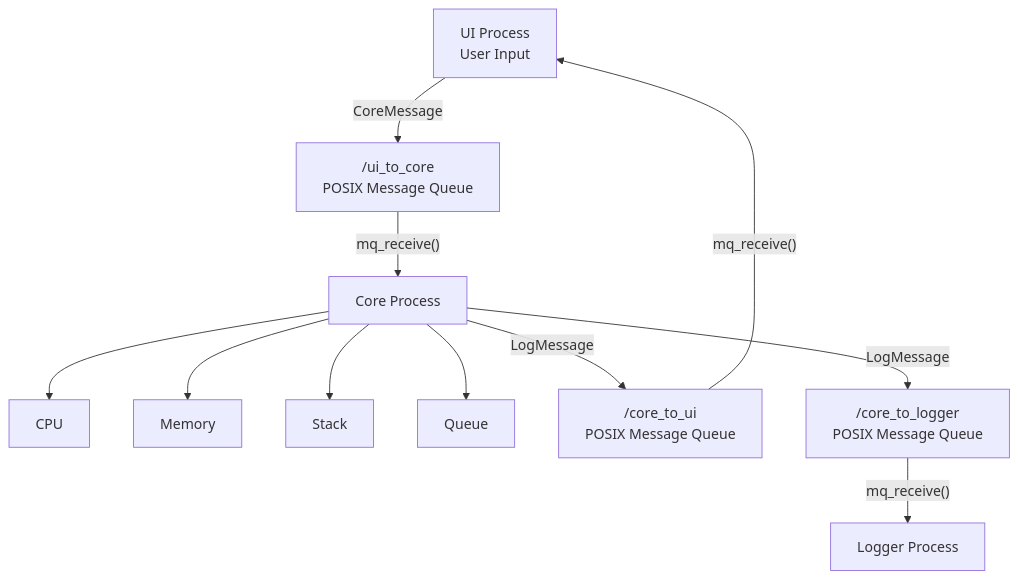
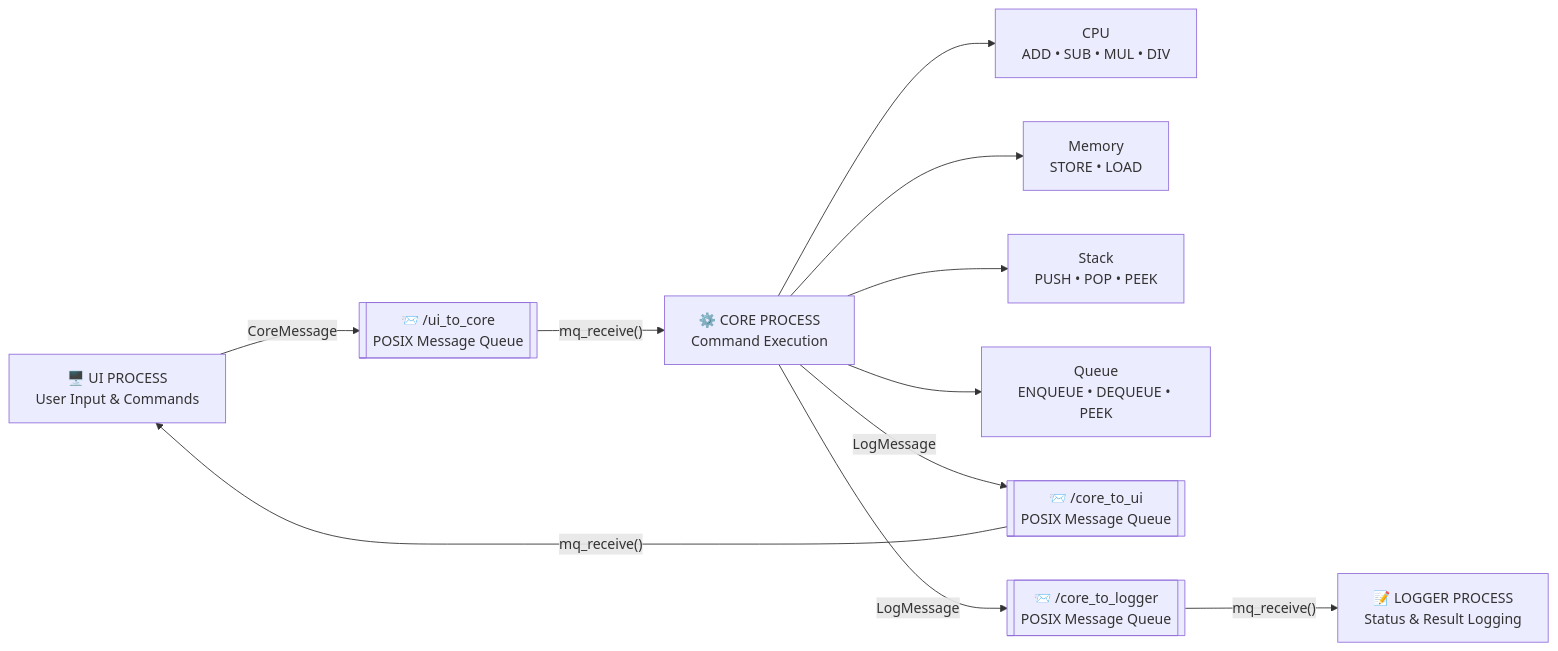
The diagram in diagram.md (deonnabraggs/ProjectTesting), drawn with Mermaid before and after one commit. The commit also changed other lines of this file, not shown here.

````diff
--- a/diagram.md
+++ b/diagram.md
@@ -110,34 +74,34 @@
 ```mermaid
-flowchart TD
+flowchart LR
 
-    UI["UI Process<br/>User Input"]
+    UI["🖥️ UI PROCESS<br/>User Input & Commands"]
 
-    MQ1["/ui_to_core<br/>POSIX Message Queue"]
+    Q1[["📨 /ui_to_core<br/>POSIX Message Queue"]]
 
-    CORE["Core Process"]
+    CORE["⚙️ CORE PROCESS<br/>Command Execution"]
 
-    CPU["CPU"]
-    MEMORY["Memory"]
-    STACK["Stack"]
-    QUEUE["Queue"]
+    CPU["CPU<br/>ADD • SUB • MUL • DIV"]
+    MEMORY["Memory<br/>STORE • LOAD"]
+    STACK["Stack<br/>PUSH • POP • PEEK"]
+    QUEUE["Queue<br/>ENQUEUE • DEQUEUE • PEEK"]
 
-    MQ2["/core_to_ui<br/>POSIX Message Queue"]
+    Q2[["📨 /core_to_ui<br/>POSIX Message Queue"]]
 
-    MQ3["/core_to_logger<br/>POSIX Message Queue"]
+    Q3[["📨 /core_to_logger<br/>POSIX Message Queue"]]
 
-    LOGGER["Logger Process"]
+    LOGGER["📝 LOGGER PROCESS<br/>Status & Result Logging"]
 
-    UI -->|"CoreMessage"| MQ1
-    MQ1 -->|"mq_receive()"| CORE
+    UI -->|"CoreMessage"| Q1
+    Q1 -->|"mq_receive()"| CORE
 
     CORE --> CPU
     CORE --> MEMORY
     CORE --> STACK
     CORE --> QUEUE
 
-    CORE -->|"LogMessage"| MQ2
-    MQ2 -->|"mq_receive()"| UI
+    CORE -->|"LogMessage"| Q2
+    Q2 -->|"mq_receive()"| UI
 
-    CORE -->|"LogMessage"| MQ3
-    MQ3 -->|"mq_receive()"| LOGGER
+    CORE -->|"LogMessage"| Q3
+    Q3 -->|"mq_receive()"| LOGGER
 ```
````
